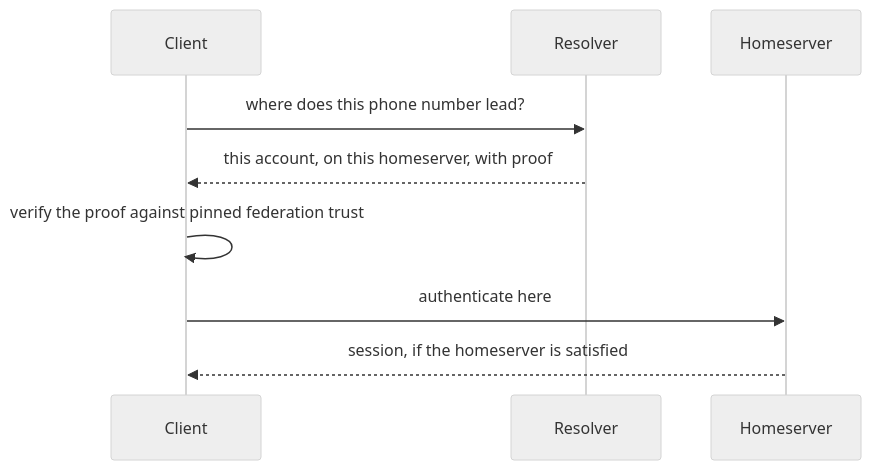
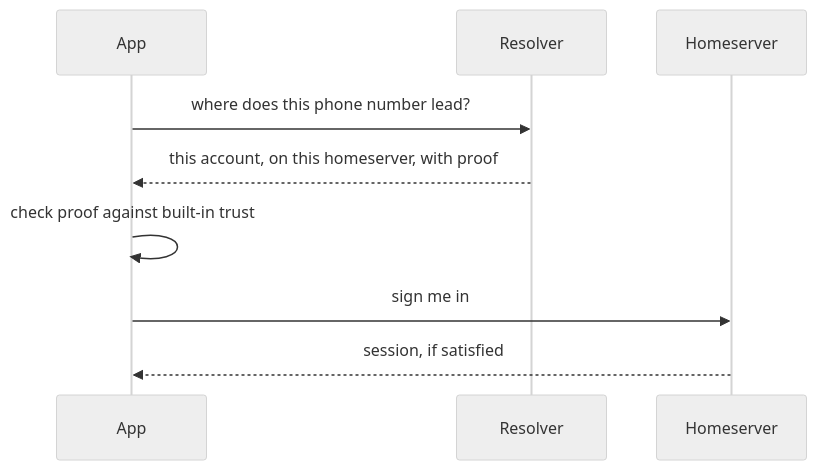
Before and after one commit to Gua-ra/gua-resolver: the second of 2 diagrams in docs/architecture/gua-identity-and-federation.md, drawn with Mermaid (neutral theme). The commit also changed other lines of this file and 9 other files, not shown here.

````diff
--- a/docs/architecture/gua-identity-and-federation.md
+++ b/docs/architecture/gua-identity-and-federation.md
@@ -104,12 +75,8 @@
 ```mermaid
 sequenceDiagram
-    participant C as Client
-    participant R as Resolver
-    participant H as Homeserver
-
-    C->>R: where does this phone number lead?
-    R-->>C: this account, on this homeserver, with proof
-    C->>C: verify the proof against pinned federation trust
-    C->>H: authenticate here
-    H-->>C: session, if the homeserver is satisfied
+    App->>Resolver: where does this phone number lead?
+    Resolver-->>App: this account, on this homeserver, with proof
+    App->>App: check proof against built-in trust
+    App->>Homeserver: sign me in
+    Homeserver-->>App: session, if satisfied
 ```
````
